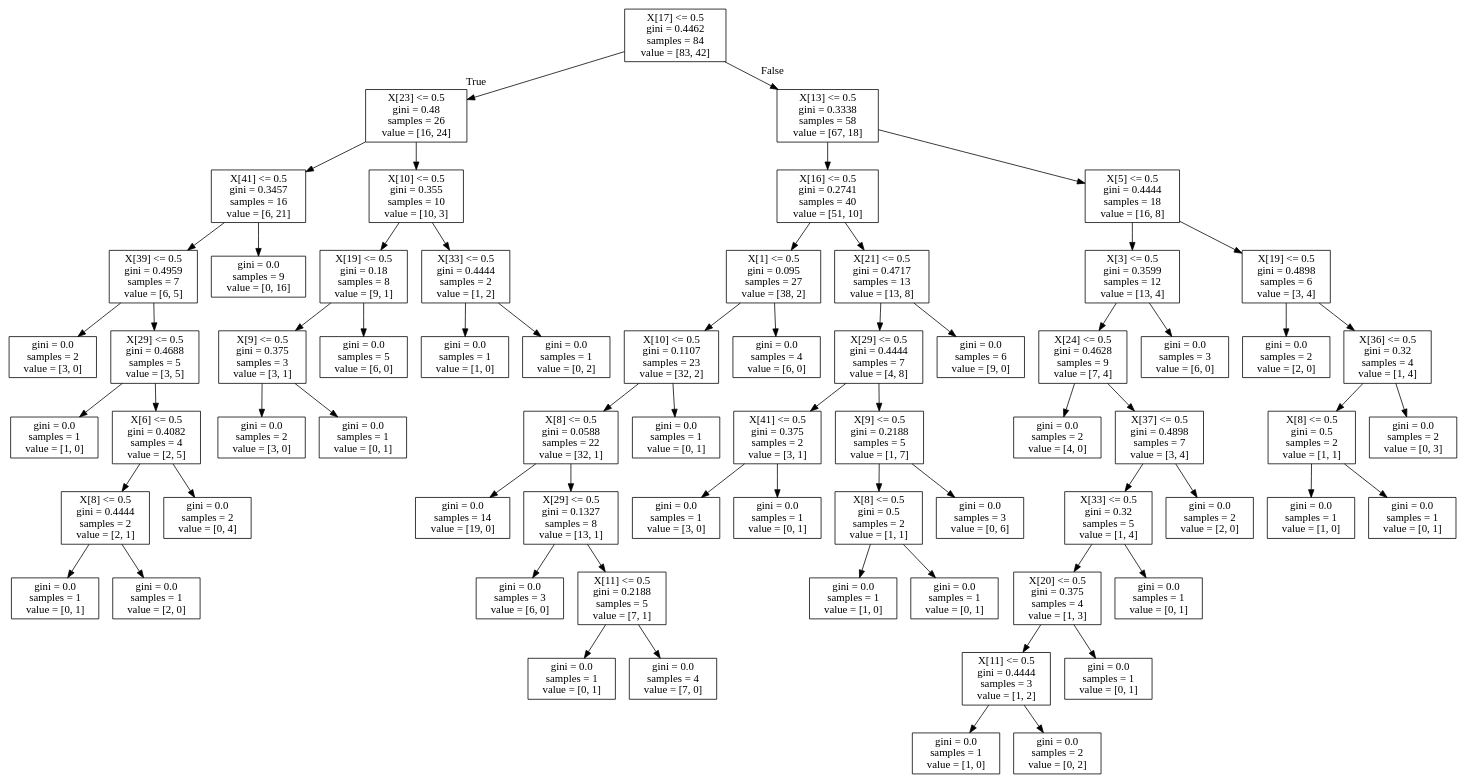
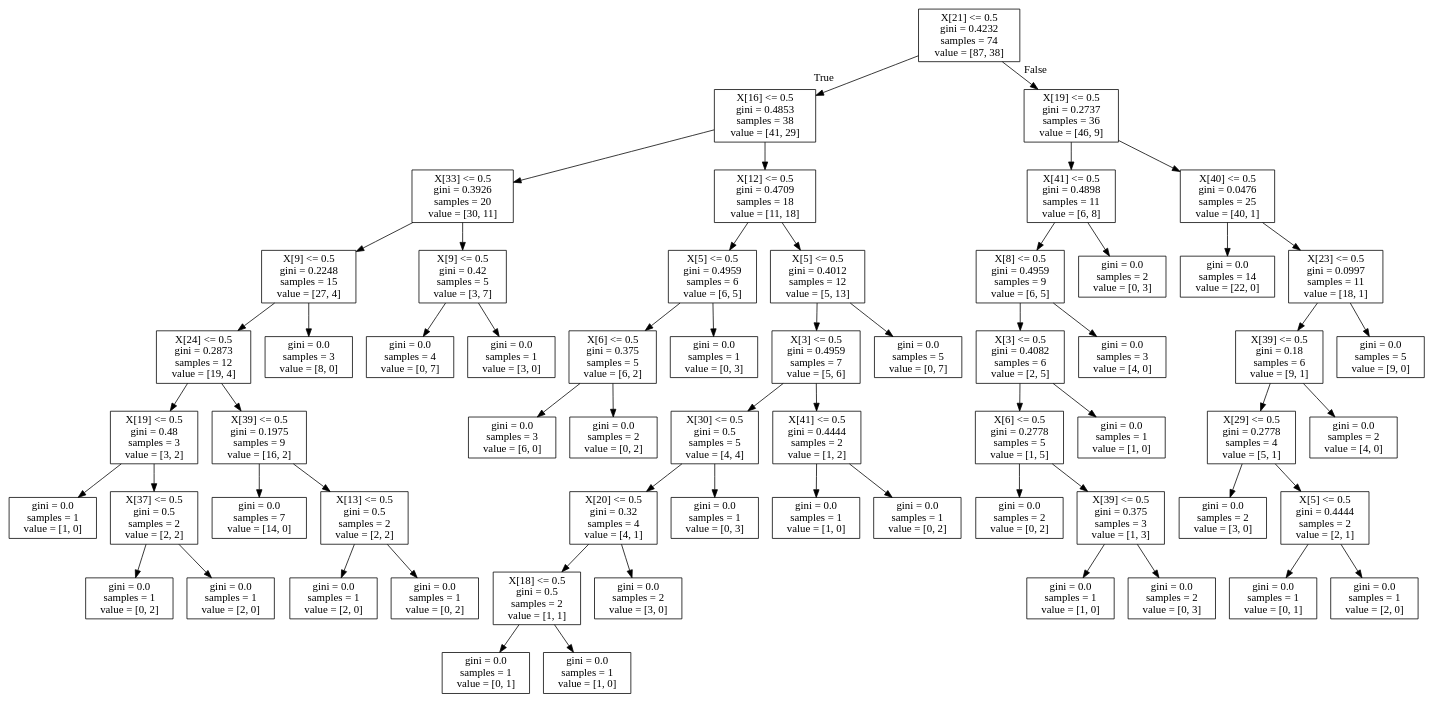
One commit to aaronfowles/elastography changed the diagram in tree5.dot. Above: the diagram before and after it, drawn with Graphviz. The commit also changed 11 other files, not shown here.

```diff
--- a/tree5.dot
+++ b/tree5.dot
@@ -1,136 +1,124 @@
 digraph Tree {
 node [shape=box] ;
-0 [label="X[17] <= 0.5\ngini = 0.4462\nsamples = 84\nvalue = [83, 42]"] ;
-1 [label="X[23] <= 0.5\ngini = 0.48\nsamples = 26\nvalue = [16, 24]"] ;
+0 [label="X[21] <= 0.5\ngini = 0.4232\nsamples = 74\nvalue = [87, 38]"] ;
+1 [label="X[16] <= 0.5\ngini = 0.4853\nsamples = 38\nvalue = [41, 29]"] ;
 0 -> 1 [labeldistance=2.5, labelangle=45, headlabel="True"] ;
-2 [label="X[41] <= 0.5\ngini = 0.3457\nsamples = 16\nvalue = [6, 21]"] ;
+2 [label="X[33] <= 0.5\ngini = 0.3926\nsamples = 20\nvalue = [30, 11]"] ;
 1 -> 2 ;
-3 [label="X[39] <= 0.5\ngini = 0.4959\nsamples = 7\nvalue = [6, 5]"] ;
+3 [label="X[9] <= 0.5\ngini = 0.2248\nsamples = 15\nvalue = [27, 4]"] ;
 2 -> 3 ;
-4 [label="gini = 0.0\nsamples = 2\nvalue = [3, 0]"] ;
+4 [label="X[24] <= 0.5\ngini = 0.2873\nsamples = 12\nvalue = [19, 4]"] ;
 3 -> 4 ;
-5 [label="X[29] <= 0.5\ngini = 0.4688\nsamples = 5\nvalue = [3, 5]"] ;
-3 -> 5 ;
+5 [label="X[19] <= 0.5\ngini = 0.48\nsamples = 3\nvalue = [3, 2]"] ;
+4 -> 5 ;
 6 [label="gini = 0.0\nsamples = 1\nvalue = [1, 0]"] ;
 5 -> 6 ;
-7 [label="X[6] <= 0.5\ngini = 0.4082\nsamples = 4\nvalue = [2, 5]"] ;
+7 [label="X[37] <= 0.5\ngini = 0.5\nsamples = 2\nvalue = [2, 2]"] ;
 5 -> 7 ;
-8 [label="X[8] <= 0.5\ngini = 0.4444\nsamples = 2\nvalue = [2, 1]"] ;
+8 [label="gini = 0.0\nsamples = 1\nvalue = [0, 2]"] ;
 7 -> 8 ;
-9 [label="gini = 0.0\nsamples = 1\nvalue = [0, 1]"] ;
-8 -> 9 ;
-10 [label="gini = 0.0\nsamples = 1\nvalue = [2, 0]"] ;
-8 -> 10 ;
-11 [label="gini = 0.0\nsamples = 2\nvalue = [0, 4]"] ;
-7 -> 11 ;
-12 [label="gini = 0.0\nsamples = 9\nvalue = [0, 16]"] ;
-2 -> 12 ;
-13 [label="X[10] <= 0.5\ngini = 0.355\nsamples = 10\nvalue = [10, 3]"] ;
-1 -> 13 ;
-14 [label="X[19] <= 0.5\ngini = 0.18\nsamples = 8\nvalue = [9, 1]"] ;
-13 -> 14 ;
-15 [label="X[9] <= 0.5\ngini = 0.375\nsamples = 3\nvalue = [3, 1]"] ;
-14 -> 15 ;
-16 [label="gini = 0.0\nsamples = 2\nvalue = [3, 0]"] ;
-15 -> 16 ;
-17 [label="gini = 0.0\nsamples = 1\nvalue = [0, 1]"] ;
-15 -> 17 ;
-18 [label="gini = 0.0\nsamples = 5\nvalue = [6, 0]"] ;
-14 -> 18 ;
-19 [label="X[33] <= 0.5\ngini = 0.4444\nsamples = 2\nvalue = [1, 2]"] ;
-13 -> 19 ;
-20 [label="gini = 0.0\nsamples = 1\nvalue = [1, 0]"] ;
+9 [label="gini = 0.0\nsamples = 1\nvalue = [2, 0]"] ;
+7 -> 9 ;
+10 [label="X[39] <= 0.5\ngini = 0.1975\nsamples = 9\nvalue = [16, 2]"] ;
+4 -> 10 ;
+11 [label="gini = 0.0\nsamples = 7\nvalue = [14, 0]"] ;
+10 -> 11 ;
+12 [label="X[13] <= 0.5\ngini = 0.5\nsamples = 2\nvalue = [2, 2]"] ;
+10 -> 12 ;
+13 [label="gini = 0.0\nsamples = 1\nvalue = [2, 0]"] ;
+12 -> 13 ;
+14 [label="gini = 0.0\nsamples = 1\nvalue = [0, 2]"] ;
+12 -> 14 ;
+15 [label="gini = 0.0\nsamples = 3\nvalue = [8, 0]"] ;
+3 -> 15 ;
+16 [label="X[9] <= 0.5\ngini = 0.42\nsamples = 5\nvalue = [3, 7]"] ;
+2 -> 16 ;
+17 [label="gini = 0.0\nsamples = 4\nvalue = [0, 7]"] ;
+16 -> 17 ;
+18 [label="gini = 0.0\nsamples = 1\nvalue = [3, 0]"] ;
+16 -> 18 ;
+19 [label="X[12] <= 0.5\ngini = 0.4709\nsamples = 18\nvalue = [11, 18]"] ;
+1 -> 19 ;
+20 [label="X[5] <= 0.5\ngini = 0.4959\nsamples = 6\nvalue = [6, 5]"] ;
 19 -> 20 ;
-21 [label="gini = 0.0\nsamples = 1\nvalue = [0, 2]"] ;
-19 -> 21 ;
-22 [label="X[13] <= 0.5\ngini = 0.3338\nsamples = 58\nvalue = [67, 18]"] ;
-0 -> 22 [labeldistance=2.5, labelangle=-45, headlabel="False"] ;
-23 [label="X[16] <= 0.5\ngini = 0.2741\nsamples = 40\nvalue = [51, 10]"] ;
-22 -> 23 ;
-24 [label="X[1] <= 0.5\ngini = 0.095\nsamples = 27\nvalue = [38, 2]"] ;
-23 -> 24 ;
-25 [label="X[10] <= 0.5\ngini = 0.1107\nsamples = 23\nvalue = [32, 2]"] ;
-24 -> 25 ;
-26 [label="X[8] <= 0.5\ngini = 0.0588\nsamples = 22\nvalue = [32, 1]"] ;
+21 [label="X[6] <= 0.5\ngini = 0.375\nsamples = 5\nvalue = [6, 2]"] ;
+20 -> 21 ;
+22 [label="gini = 0.0\nsamples = 3\nvalue = [6, 0]"] ;
+21 -> 22 ;
+23 [label="gini = 0.0\nsamples = 2\nvalue = [0, 2]"] ;
+21 -> 23 ;
+24 [label="gini = 0.0\nsamples = 1\nvalue = [0, 3]"] ;
+20 -> 24 ;
+25 [label="X[5] <= 0.5\ngini = 0.4012\nsamples = 12\nvalue = [5, 13]"] ;
+19 -> 25 ;
+26 [label="X[3] <= 0.5\ngini = 0.4959\nsamples = 7\nvalue = [5, 6]"] ;
 25 -> 26 ;
-27 [label="gini = 0.0\nsamples = 14\nvalue = [19, 0]"] ;
+27 [label="X[30] <= 0.5\ngini = 0.5\nsamples = 5\nvalue = [4, 4]"] ;
 26 -> 27 ;
-28 [label="X[29] <= 0.5\ngini = 0.1327\nsamples = 8\nvalue = [13, 1]"] ;
-26 -> 28 ;
-29 [label="gini = 0.0\nsamples = 3\nvalue = [6, 0]"] ;
+28 [label="X[20] <= 0.5\ngini = 0.32\nsamples = 4\nvalue = [4, 1]"] ;
+27 -> 28 ;
+29 [label="X[18] <= 0.5\ngini = 0.5\nsamples = 2\nvalue = [1, 1]"] ;
 28 -> 29 ;
-30 [label="X[11] <= 0.5\ngini = 0.2188\nsamples = 5\nvalue = [7, 1]"] ;
-28 -> 30 ;
-31 [label="gini = 0.0\nsamples = 1\nvalue = [0, 1]"] ;
-30 -> 31 ;
-32 [label="gini = 0.0\nsamples = 4\nvalue = [7, 0]"] ;
-30 -> 32 ;
-33 [label="gini = 0.0\nsamples = 1\nvalue = [0, 1]"] ;
-25 -> 33 ;
-34 [label="gini = 0.0\nsamples = 4\nvalue = [6, 0]"] ;
-24 -> 34 ;
-35 [label="X[21] <= 0.5\ngini = 0.4717\nsamples = 13\nvalue = [13, 8]"] ;
-23 -> 35 ;
-36 [label="X[29] <= 0.5\ngini = 0.4444\nsamples = 7\nvalue = [4, 8]"] ;
-35 -> 36 ;
-37 [label="X[41] <= 0.5\ngini = 0.375\nsamples = 2\nvalue = [3, 1]"] ;
-36 -> 37 ;
-38 [label="gini = 0.0\nsamples = 1\nvalue = [3, 0]"] ;
-37 -> 38 ;
-39 [label="gini = 0.0\nsamples = 1\nvalue = [0, 1]"] ;
-37 -> 39 ;
-40 [label="X[9] <= 0.5\ngini = 0.2188\nsamples = 5\nvalue = [1, 7]"] ;
-36 -> 40 ;
-41 [label="X[8] <= 0.5\ngini = 0.5\nsamples = 2\nvalue = [1, 1]"] ;
+30 [label="gini = 0.0\nsamples = 1\nvalue = [0, 1]"] ;
+29 -> 30 ;
+31 [label="gini = 0.0\nsamples = 1\nvalue = [1, 0]"] ;
+29 -> 31 ;
+32 [label="gini = 0.0\nsamples = 2\nvalue = [3, 0]"] ;
+28 -> 32 ;
+33 [label="gini = 0.0\nsamples = 1\nvalue = [0, 3]"] ;
+27 -> 33 ;
+34 [label="X[41] <= 0.5\ngini = 0.4444\nsamples = 2\nvalue = [1, 2]"] ;
+26 -> 34 ;
+35 [label="gini = 0.0\nsamples = 1\nvalue = [1, 0]"] ;
+34 -> 35 ;
+36 [label="gini = 0.0\nsamples = 1\nvalue = [0, 2]"] ;
+34 -> 36 ;
+37 [label="gini = 0.0\nsamples = 5\nvalue = [0, 7]"] ;
+25 -> 37 ;
+38 [label="X[19] <= 0.5\ngini = 0.2737\nsamples = 36\nvalue = [46, 9]"] ;
+0 -> 38 [labeldistance=2.5, labelangle=-45, headlabel="False"] ;
+39 [label="X[41] <= 0.5\ngini = 0.4898\nsamples = 11\nvalue = [6, 8]"] ;
+38 -> 39 ;
+40 [label="X[8] <= 0.5\ngini = 0.4959\nsamples = 9\nvalue = [6, 5]"] ;
+39 -> 40 ;
+41 [label="X[3] <= 0.5\ngini = 0.4082\nsamples = 6\nvalue = [2, 5]"] ;
 40 -> 41 ;
-42 [label="gini = 0.0\nsamples = 1\nvalue = [1, 0]"] ;
+42 [label="X[6] <= 0.5\ngini = 0.2778\nsamples = 5\nvalue = [1, 5]"] ;
 41 -> 42 ;
-43 [label="gini = 0.0\nsamples = 1\nvalue = [0, 1]"] ;
-41 -> 43 ;
-44 [label="gini = 0.0\nsamples = 3\nvalue = [0, 6]"] ;
-40 -> 44 ;
-45 [label="gini = 0.0\nsamples = 6\nvalue = [9, 0]"] ;
-35 -> 45 ;
-46 [label="X[5] <= 0.5\ngini = 0.4444\nsamples = 18\nvalue = [16, 8]"] ;
-22 -> 46 ;
-47 [label="X[3] <= 0.5\ngini = 0.3599\nsamples = 12\nvalue = [13, 4]"] ;
-46 -> 47 ;
-48 [label="X[24] <= 0.5\ngini = 0.4628\nsamples = 9\nvalue = [7, 4]"] ;
-47 -> 48 ;
-49 [label="gini = 0.0\nsamples = 2\nvalue = [4, 0]"] ;
-48 -> 49 ;
-50 [label="X[37] <= 0.5\ngini = 0.4898\nsamples = 7\nvalue = [3, 4]"] ;
-48 -> 50 ;
-51 [label="X[33] <= 0.5\ngini = 0.32\nsamples = 5\nvalue = [1, 4]"] ;
+43 [label="gini = 0.0\nsamples = 2\nvalue = [0, 2]"] ;
+42 -> 43 ;
+44 [label="X[39] <= 0.5\ngini = 0.375\nsamples = 3\nvalue = [1, 3]"] ;
+42 -> 44 ;
+45 [label="gini = 0.0\nsamples = 1\nvalue = [1, 0]"] ;
+44 -> 45 ;
+46 [label="gini = 0.0\nsamples = 2\nvalue = [0, 3]"] ;
+44 -> 46 ;
+47 [label="gini = 0.0\nsamples = 1\nvalue = [1, 0]"] ;
+41 -> 47 ;
+48 [label="gini = 0.0\nsamples = 3\nvalue = [4, 0]"] ;
+40 -> 48 ;
+49 [label="gini = 0.0\nsamples = 2\nvalue = [0, 3]"] ;
+39 -> 49 ;
+50 [label="X[40] <= 0.5\ngini = 0.0476\nsamples = 25\nvalue = [40, 1]"] ;
+38 -> 50 ;
+51 [label="gini = 0.0\nsamples = 14\nvalue = [22, 0]"] ;
 50 -> 51 ;
-52 [label="X[20] <= 0.5\ngini = 0.375\nsamples = 4\nvalue = [1, 3]"] ;
-51 -> 52 ;
-53 [label="X[11] <= 0.5\ngini = 0.4444\nsamples = 3\nvalue = [1, 2]"] ;
+52 [label="X[23] <= 0.5\ngini = 0.0997\nsamples = 11\nvalue = [18, 1]"] ;
+50 -> 52 ;
+53 [label="X[39] <= 0.5\ngini = 0.18\nsamples = 6\nvalue = [9, 1]"] ;
 52 -> 53 ;
-54 [label="gini = 0.0\nsamples = 1\nvalue = [1, 0]"] ;
+54 [label="X[29] <= 0.5\ngini = 0.2778\nsamples = 4\nvalue = [5, 1]"] ;
 53 -> 54 ;
-55 [label="gini = 0.0\nsamples = 2\nvalue = [0, 2]"] ;
-53 -> 55 ;
-56 [label="gini = 0.0\nsamples = 1\nvalue = [0, 1]"] ;
-52 -> 56 ;
+55 [label="gini = 0.0\nsamples = 2\nvalue = [3, 0]"] ;
+54 -> 55 ;
+56 [label="X[5] <= 0.5\ngini = 0.4444\nsamples = 2\nvalue = [2, 1]"] ;
+54 -> 56 ;
 57 [label="gini = 0.0\nsamples = 1\nvalue = [0, 1]"] ;
-51 -> 57 ;
-58 [label="gini = 0.0\nsamples = 2\nvalue = [2, 0]"] ;
-50 -> 58 ;
-59 [label="gini = 0.0\nsamples = 3\nvalue = [6, 0]"] ;
-47 -> 59 ;
-60 [label="X[19] <= 0.5\ngini = 0.4898\nsamples = 6\nvalue = [3, 4]"] ;
-46 -> 60 ;
-61 [label="gini = 0.0\nsamples = 2\nvalue = [2, 0]"] ;
-60 -> 61 ;
-62 [label="X[36] <= 0.5\ngini = 0.32\nsamples = 4\nvalue = [1, 4]"] ;
-60 -> 62 ;
-63 [label="X[8] <= 0.5\ngini = 0.5\nsamples = 2\nvalue = [1, 1]"] ;
-62 -> 63 ;
-64 [label="gini = 0.0\nsamples = 1\nvalue = [1, 0]"] ;
-63 -> 64 ;
-65 [label="gini = 0.0\nsamples = 1\nvalue = [0, 1]"] ;
-63 -> 65 ;
-66 [label="gini = 0.0\nsamples = 2\nvalue = [0, 3]"] ;
-62 -> 66 ;
+56 -> 57 ;
+58 [label="gini = 0.0\nsamples = 1\nvalue = [2, 0]"] ;
+56 -> 58 ;
+59 [label="gini = 0.0\nsamples = 2\nvalue = [4, 0]"] ;
+53 -> 59 ;
+60 [label="gini = 0.0\nsamples = 5\nvalue = [9, 0]"] ;
+52 -> 60 ;
 }
```
